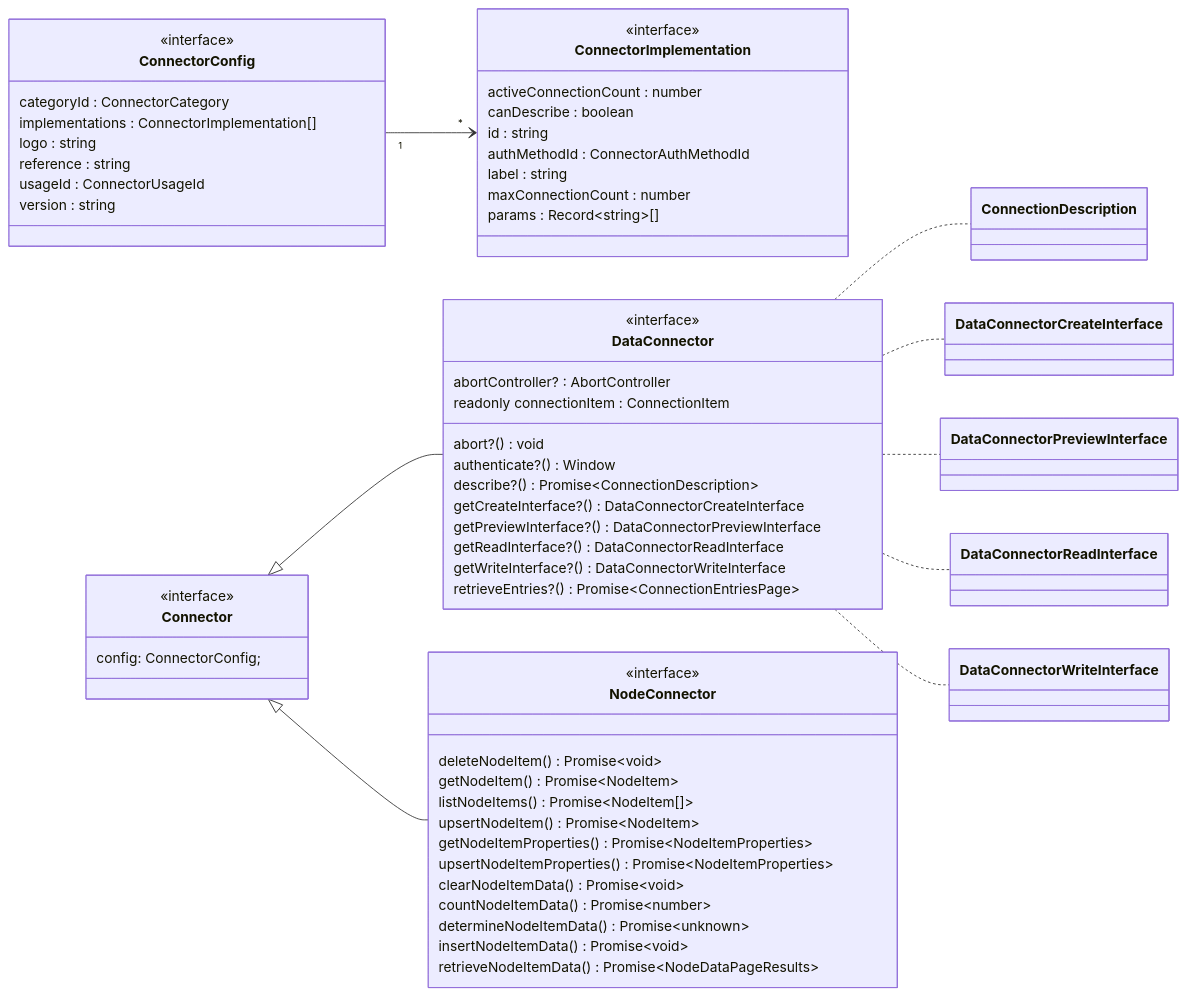
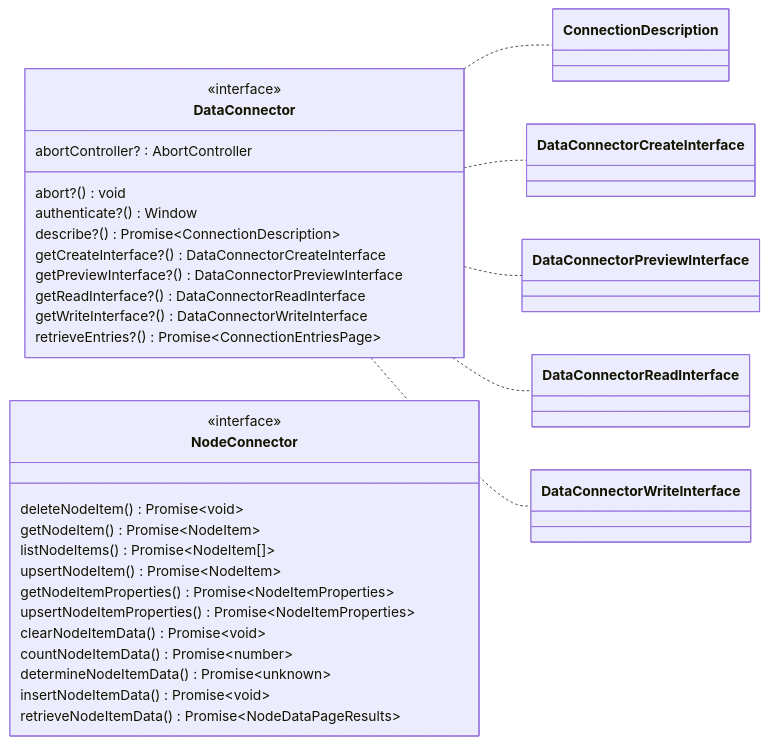
One commit to data-positioning/datapos-shared changed the fifth of 13 diagrams in README.md. Above: the diagram before and after it, drawn with Mermaid. The commit also changed other lines of this file and 2 other files, not shown here.

````diff
--- a/README.md
+++ b/README.md
@@ -104,70 +182,38 @@
 ```mermaid
 classDiagram
     direction LR
 
-
-    class ConnectorConfig {
-        <<interface>>
-        categoryId : ConnectorCategory
-        implementations : ConnectorImplementation[]
-        logo : string
-        reference : string
-        usageId : ConnectorUsageId
-        version : string
-    }
-
-    class Connector {
-        <<interface>>
-        config: ConnectorConfig;
-    }
-
-    class ConnectorImplementation {
-        <<interface>>
-
-        activeConnectionCount : number
-        canDescribe : boolean
-        id : string
-        authMethodId : ConnectorAuthMethodId
-        label : string
-        maxConnectionCount : number
-        params : Record~string~[]
-    }
-
     class DataConnector {
         <<interface>>
         abortController? :  AbortController
-        readonly connectionItem :  ConnectionItem
         abort?() void
         authenticate?() Window
         describe?() Promise~ConnectionDescription~
         getCreateInterface?() DataConnectorCreateInterface
         getPreviewInterface?() DataConnectorPreviewInterface
         getReadInterface?() DataConnectorReadInterface
         getWriteInterface?() DataConnectorWriteInterface
         retrieveEntries?() Promise~ConnectionEntriesPage~
     }
 
     class NodeConnector {
         <<interface>>
         deleteNodeItem() Promise~void~
         getNodeItem() Promise~NodeItem~
         listNodeItems() Promise~NodeItem[]~
         upsertNodeItem() Promise~NodeItem~
         getNodeItemProperties() Promise~NodeItemProperties~
         upsertNodeItemProperties() Promise~NodeItemProperties~
         clearNodeItemData() Promise~void~
         countNodeItemData() Promise~number~
         determineNodeItemData() Promise~unknown~
         insertNodeItemData() Promise~void~
         retrieveNodeItemData() Promise~NodeDataPageResults~
     }
 
-    ConnectorConfig "1" --> "*" ConnectorImplementation
-    Connector <|-- DataConnector
     DataConnector .. ConnectionDescription
     DataConnector .. DataConnectorCreateInterface
     DataConnector .. DataConnectorPreviewInterface
     DataConnector .. DataConnectorReadInterface
     DataConnector .. DataConnectorWriteInterface
-    Connector <|-- NodeConnector
 ```
````
